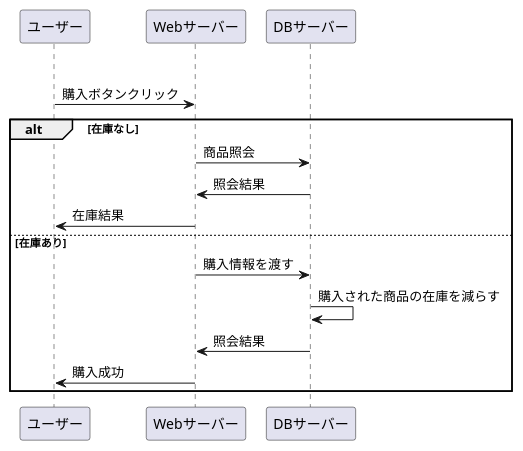
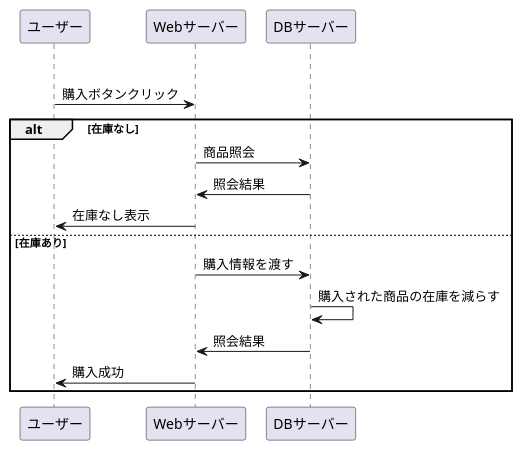
The diagram in stationary/業務フロー/購入.md (Aso2001154/2021sys-design), drawn with PlantUML before and after one commit.

````diff
--- a/stationary/業務フロー/購入.md
+++ b/stationary/業務フロー/購入.md
@@ -2,19 +2,19 @@
 ```uml
 @startuml
 
 opt 購入する
 ユーザー -> Webサーバー : 購入ボタンクリック
 
 alt 在庫なし
 Webサーバー -> DBサーバー : 商品照会
 DBサーバー -> Webサーバー : 照会結果
-Webサーバー -> ユーザー : 在庫結果
+Webサーバー -> ユーザー : 在庫なし表示
 else 在庫あり
 Webサーバー -> DBサーバー : 購入情報を渡す
 DBサーバー -> DBサーバー : 購入された商品の在庫を減らす
 DBサーバー -> Webサーバー : 照会結果
 Webサーバー -> ユーザー : 購入成功
 end
 
 @enduml
 ```
````
